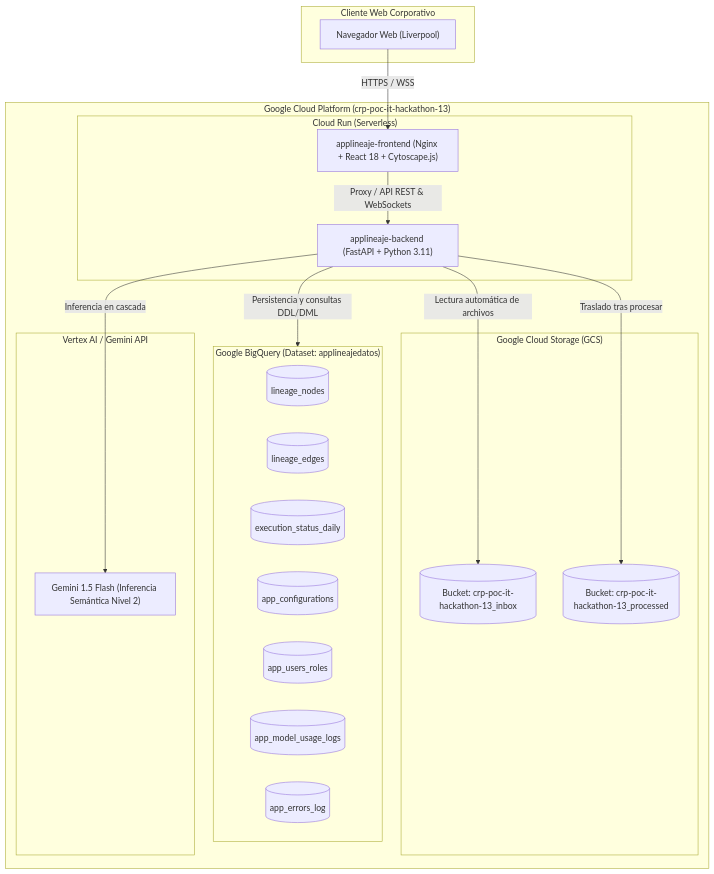
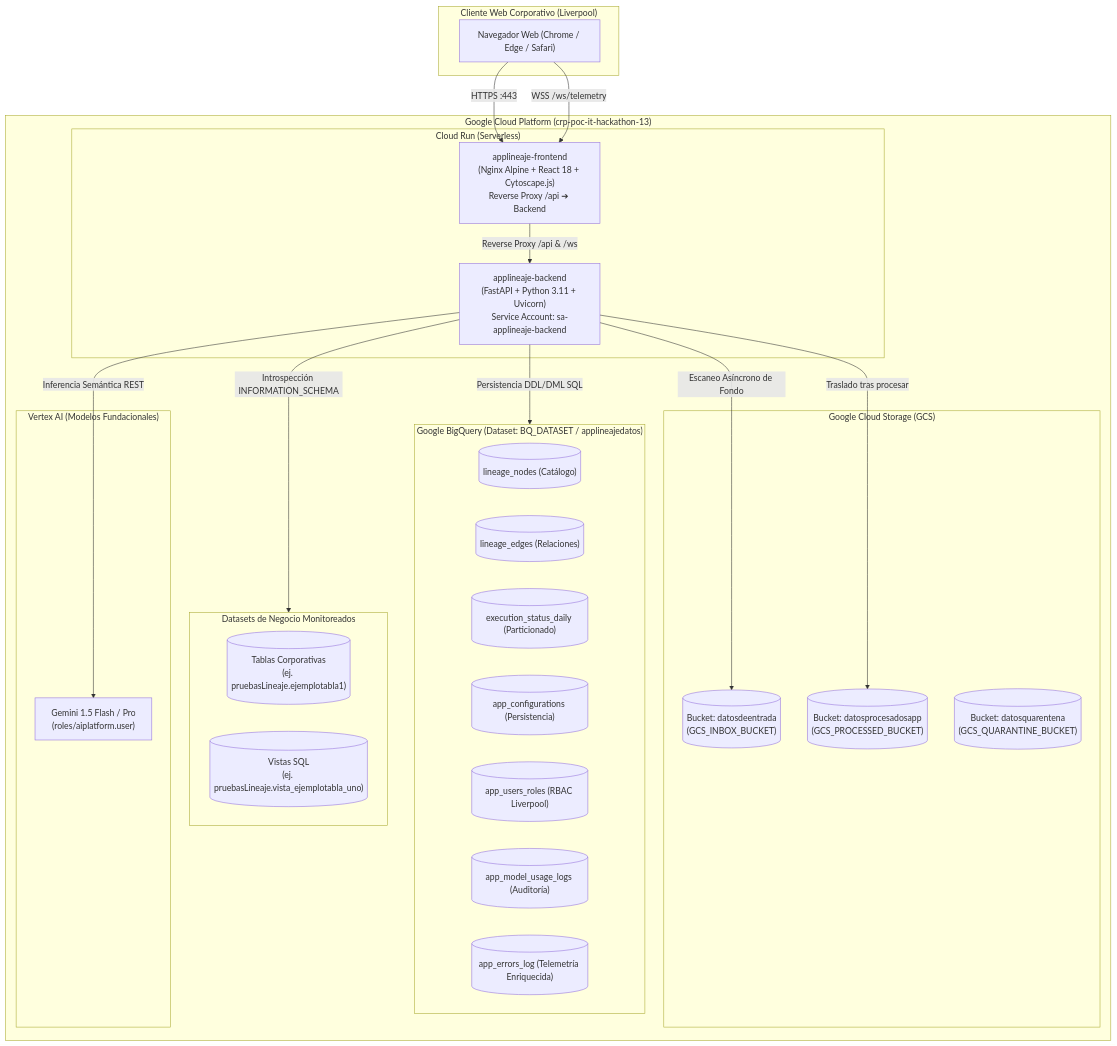
Before and after one commit to aemartinezz/AppLineajeDatos: the first of 3 diagrams in workflows/architecture.md, drawn with Mermaid. The commit also changed other lines of this file and 9 other files, not shown here.

````diff
--- a/workflows/architecture.md
+++ b/workflows/architecture.md
@@ -19,39 +19,47 @@
 ```mermaid
 flowchart TD
-    subgraph Cliente["Cliente Web Corporativo"]
-        Browser["Navegador Web (Liverpool)"]
+    subgraph Cliente["Cliente Web Corporativo (Liverpool)"]
+        Browser["Navegador Web (Chrome / Edge / Safari)"]
     end
 
     subgraph GCP["Google Cloud Platform (crp-poc-it-hackathon-13)"]
         subgraph CloudRun["Cloud Run (Serverless)"]
-            Frontend["applineaje-frontend (Nginx + React 18 + Cytoscape.js)"]
-            Backend["applineaje-backend (FastAPI + Python 3.11)"]
+            Frontend["applineaje-frontend\n(Nginx Alpine + React 18 + Cytoscape.js)\nReverse Proxy /api ➔ Backend"]
+            Backend["applineaje-backend\n(FastAPI + Python 3.11 + Uvicorn)\nService Account: sa-applineaje-backend"]
         end
 
         subgraph Storage["Google Cloud Storage (GCS)"]
-            InboxBucket[("Bucket: crp-poc-it-hackathon-13_inbox")]
-            ProcessedBucket[("Bucket: crp-poc-it-hackathon-13_processed")]
+            InboxBucket[("Bucket: datosdeentrada\n(GCS_INBOX_BUCKET)")]
+            ProcessedBucket[("Bucket: datosprocesadosapp\n(GCS_PROCESSED_BUCKET)")]
+            QuarantineBucket[("Bucket: datosquarentena\n(GCS_QUARANTINE_BUCKET)")]
         end
 
-        subgraph BigQueryStore["Google BigQuery (Dataset: applineajedatos)"]
-            NodesTable[("lineage_nodes")]
-            EdgesTable[("lineage_edges")]
-            TelemetryTable[("execution_status_daily")]
-            ConfigTable[("app_configurations")]
-            UsersTable[("app_users_roles")]
-            CostsTable[("app_model_usage_logs")]
-            ErrorsTable[("app_errors_log")]
+        subgraph BigQueryStore["Google BigQuery (Dataset: BQ_DATASET / applineajedatos)"]
+            NodesTable[("lineage_nodes (Catálogo)")]
+            EdgesTable[("lineage_edges (Relaciones)")]
+            TelemetryTable[("execution_status_daily (Particionado)")]
+            ConfigTable[("app_configurations (Persistencia)")]
+            UsersTable[("app_users_roles (RBAC Liverpool)")]
+            CostsTable[("app_model_usage_logs (Auditoría)")]
+            ErrorsTable[("app_errors_log (Telemetría Enriquecida)")]
         end
 
-        subgraph AI["Vertex AI / Gemini API"]
-            GeminiFlash["Gemini 1.5 Flash (Inferencia Semántica Nivel 2)"]
+        subgraph ExternalBQ["Datasets de Negocio Monitoreados"]
+            ExtTables[("Tablas Corporativas\n(ej. pruebasLineaje.ejemplotabla1)")]
+            ExtViews[("Vistas SQL\n(ej. pruebasLineaje.vista_ejemplotabla_uno)")]
+        end
+
+        subgraph AI["Vertex AI (Modelos Fundacionales)"]
+            GeminiFlash["Gemini 1.5 Flash / Pro\n(roles/aiplatform.user)"]
         end
     end
 
-    Browser -->|HTTPS / WSS| Frontend
-    Frontend -->|Proxy / API REST & WebSockets| Backend
-    Backend -->|Lectura automática de archivos| InboxBucket
+    Browser -->|HTTPS :443| Frontend
+    Browser -->|WSS /ws/telemetry| Frontend
+    Frontend -->|Reverse Proxy /api & /ws| Backend
+    Backend -->|Escaneo Asíncrono de Fondo| InboxBucket
     Backend -->|Traslado tras procesar| ProcessedBucket
-    Backend -->|Inferencia en cascada| GeminiFlash
-    Backend -->|Persistencia y consultas DDL/DML| BigQueryStore
+    Backend -->|Inferencia Semántica REST| GeminiFlash
+    Backend -->|Persistencia DDL/DML SQL| BigQueryStore
+    Backend -->|Introspección INFORMATION_SCHEMA| ExternalBQ
 ```
````
